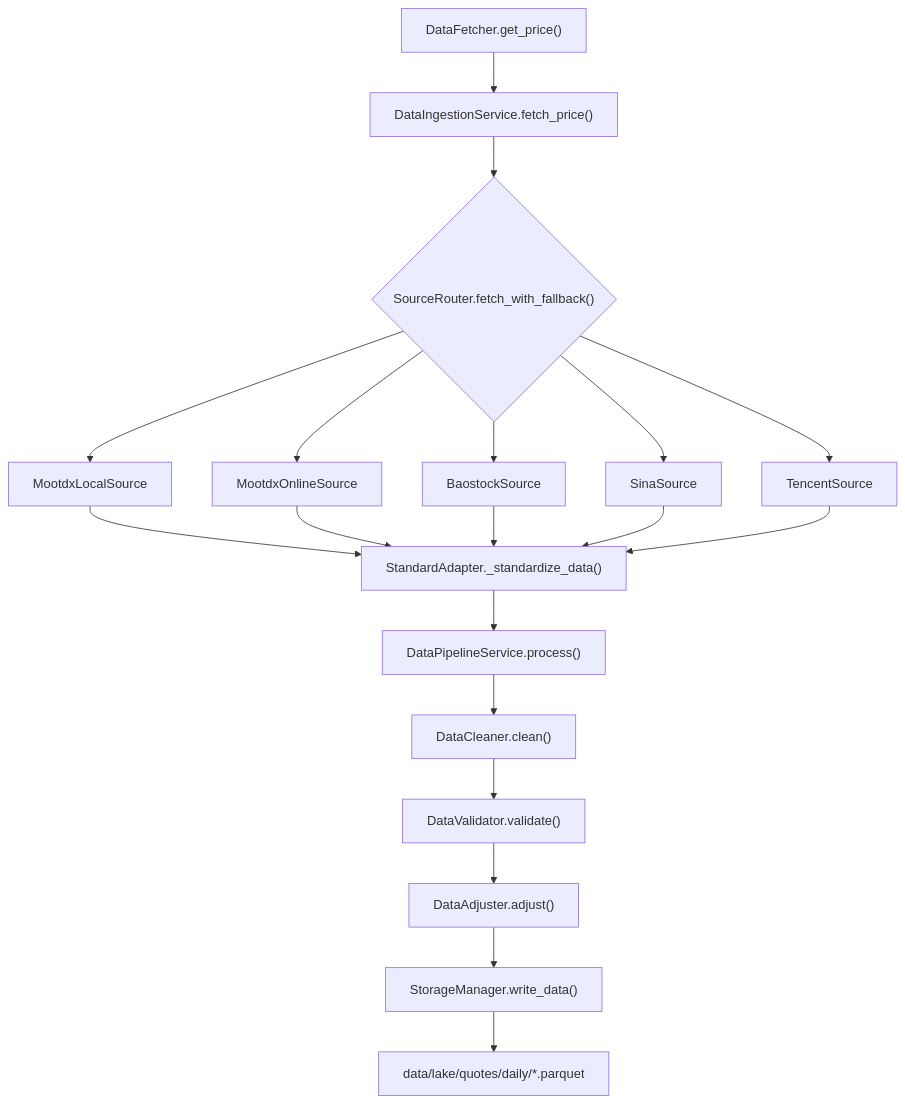
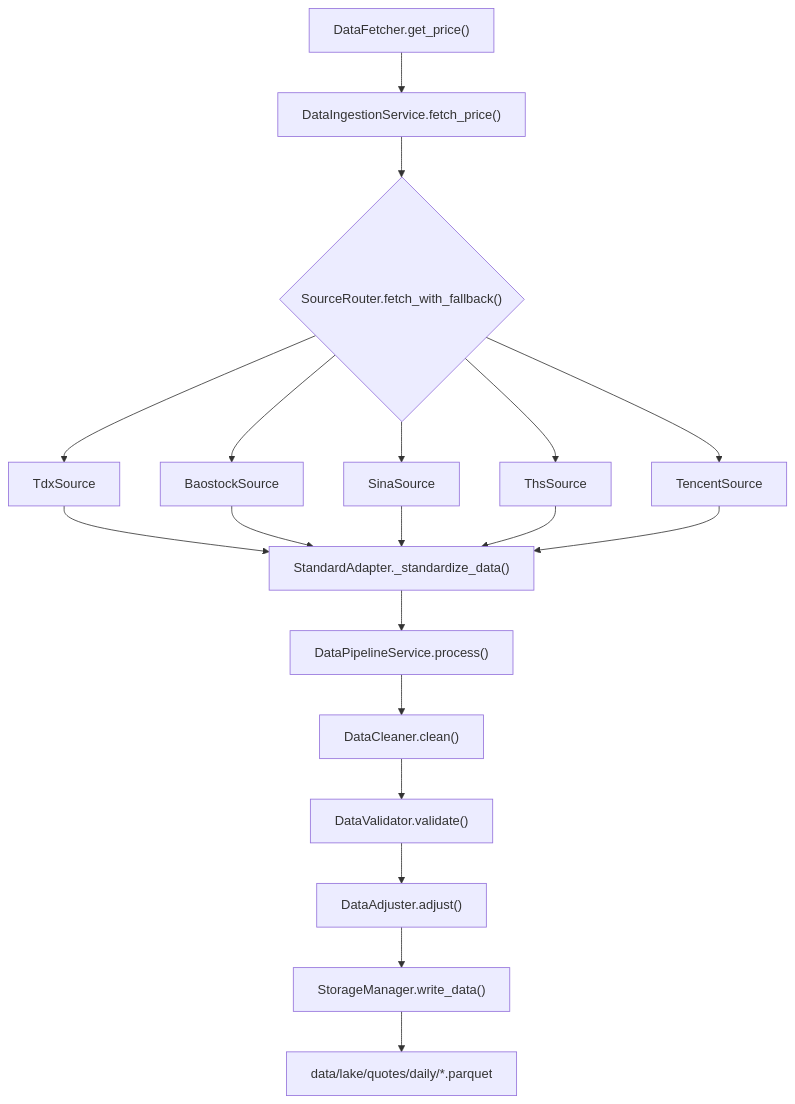
One commit to feel6bglues/UniQuant changed the diagram in docs/whitepaper/DEPLOYMENT_GUIDE.md. Above: the diagram before and after it, drawn with Mermaid. The commit also changed other lines of this file and 2 other files, not shown here.

````diff
--- a/docs/whitepaper/DEPLOYMENT_GUIDE.md
+++ b/docs/whitepaper/DEPLOYMENT_GUIDE.md
@@ -337,21 +385,21 @@
 ```mermaid
 flowchart TD
     A["DataFetcher.get_price()"] --> B["DataIngestionService.fetch_price()"]
     B --> C{"SourceRouter.fetch_with_fallback()"}
-    C --> D["MootdxLocalSource"]
-    C --> E["MootdxOnlineSource"]
-    C --> F["BaostockSource"]
-    C --> G["SinaSource"]
+    C --> D["TdxSource"]
+    C --> E["BaostockSource"]
+    C --> F["SinaSource"]
+    C --> G["ThsSource"]
     C --> H["TencentSource"]
     D --> I["StandardAdapter._standardize_data()"]
     E --> I
     F --> I
     G --> I
     H --> I
     I --> J["DataPipelineService.process()"]
     J --> K["DataCleaner.clean()"]
     K --> L["DataValidator.validate()"]
     L --> M["DataAdjuster.adjust()"]
     M --> N["StorageManager.write_data()"]
     N --> O["data/lake/quotes/daily/*.parquet"]
 ```
````
